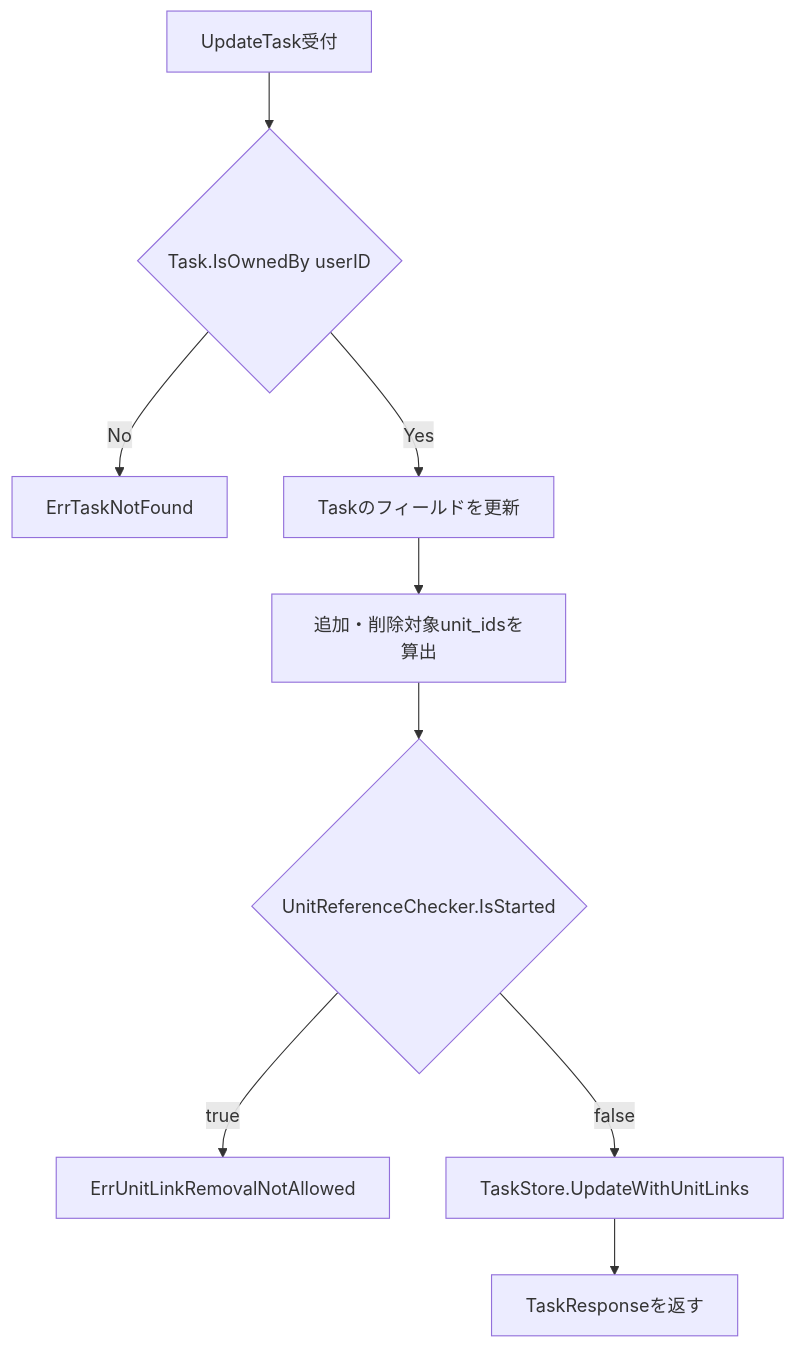
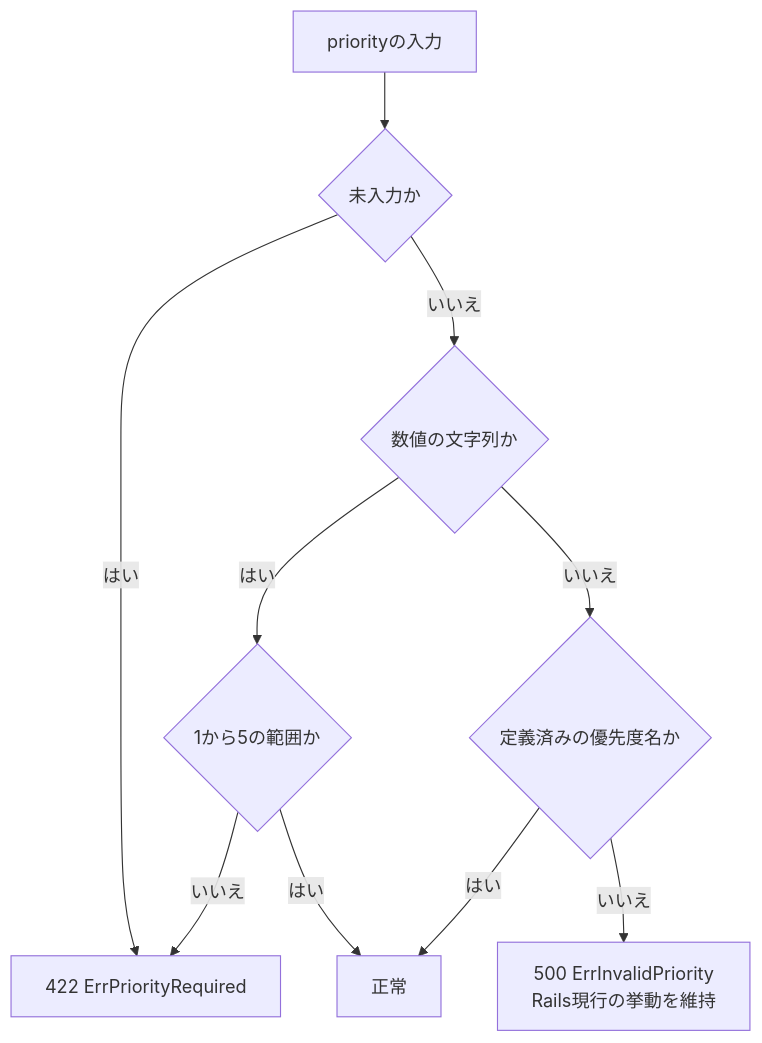
The seventh of 7 diagrams in 計画書/Go実装仕様書/タスク管理機能_Go実装仕様書.md (yuta20253/edu-platform-go-design), drawn with Mermaid before and after one commit. The commit also changed other lines of this file, not shown here.

````diff
--- a/計画書/Go実装仕様書/タスク管理機能_Go実装仕様書.md
+++ b/計画書/Go実装仕様書/タスク管理機能_Go実装仕様書.md
@@ -330,11 +511,12 @@
 ```mermaid
 flowchart TD
-    A[UpdateTask受付] --> B{Task.IsOwnedBy userID}
-    B -- No --> Z[ErrTaskNotFound]
-    B -- Yes --> C[Taskのフィールドを更新]
-    C --> D[追加・削除対象unit_idsを算出]
-    D --> E{UnitReferenceChecker.IsStarted}
-    E -- true --> Y[ErrUnitLinkRemovalNotAllowed]
-    E -- false --> F[TaskStore.UpdateWithUnitLinks]
-    F --> G[TaskResponseを返す]
+    A[priorityの入力] --> B{未入力か}
+    B -- はい --> E422[422 ErrPriorityRequired]
+    B -- いいえ --> C{数値の文字列か}
+    C -- はい --> D{1から5の範囲か}
+    D -- いいえ --> E422
+    D -- はい --> OK[正常]
+    C -- いいえ --> F{定義済みの優先度名か}
+    F -- はい --> OK
+    F -- いいえ --> E500[500 ErrInvalidPriority<br/>Rails現行の挙動を維持]
 ```
````
